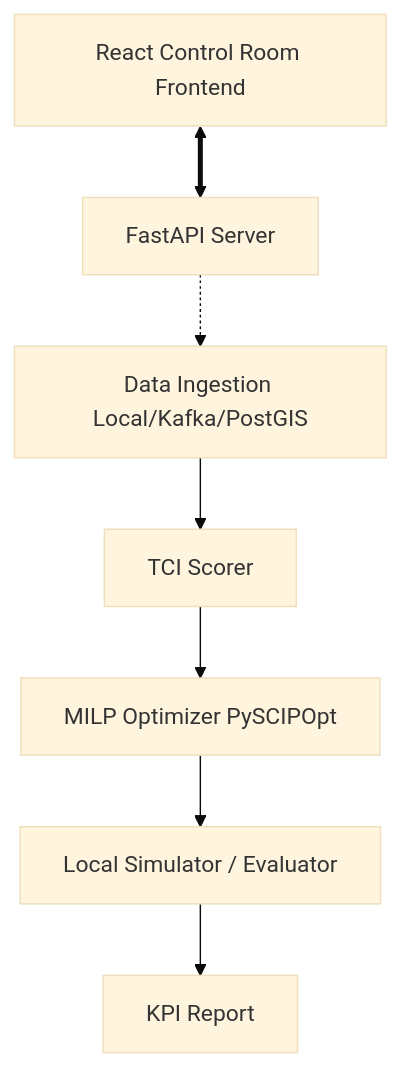
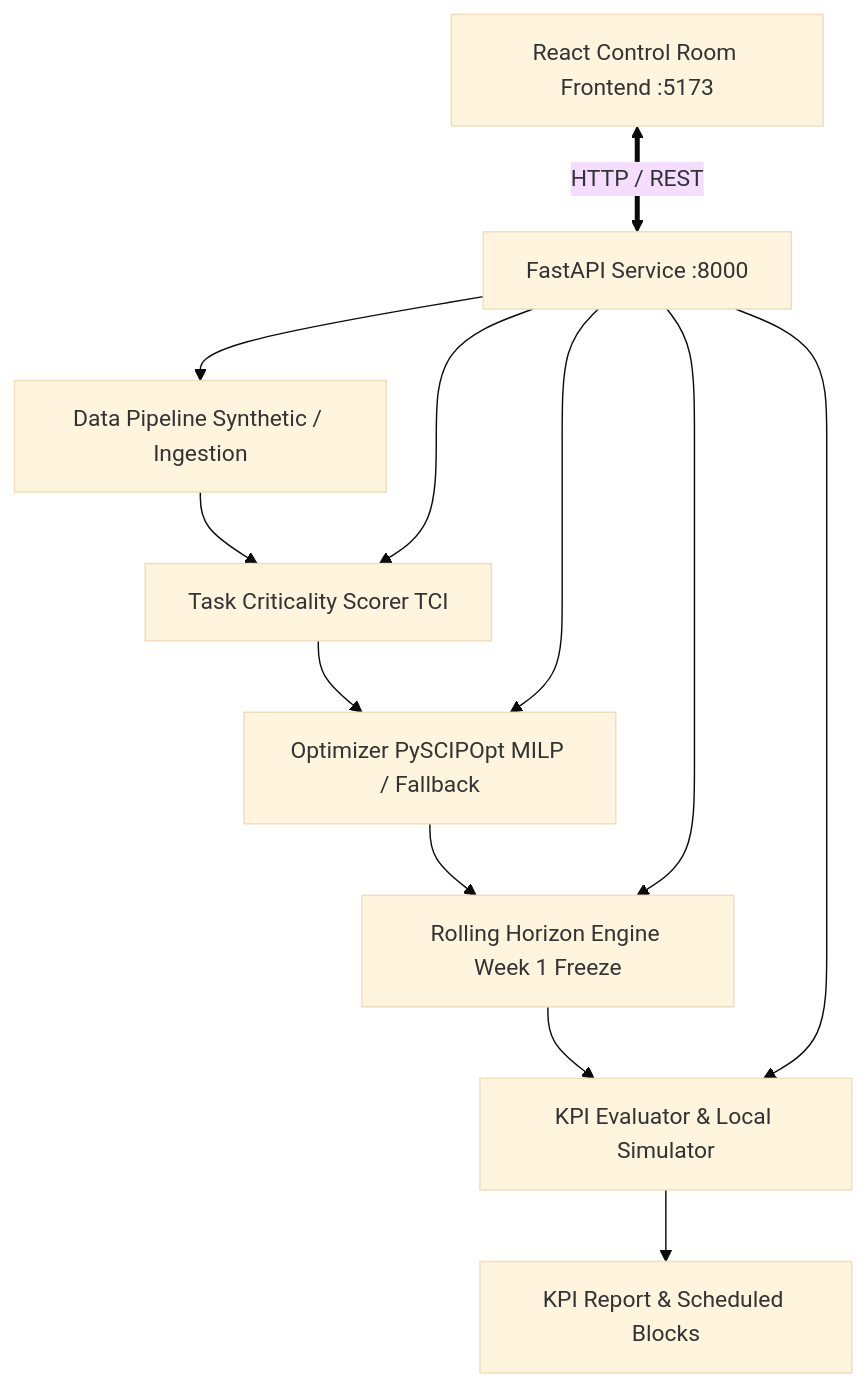
Before and after one commit to chandrasekarc968-cpu/sparkrail: the diagram in README.md, drawn with Mermaid (base theme). The commit also changed other lines of this file and 19 other files, not shown here.

Commit message:
feat: implement rail maintenance block planner with MILP optimization engine and interactive frontend dashboard

````diff
--- a/README.md
+++ b/README.md
@@ -7,10 +7,16 @@
 ```mermaid
 graph TD
-    A[Data Ingestion Local/Kafka/PostGIS] --> B[TCI Scorer]
-    B --> C[MILP Optimizer PySCIPOpt]
-    C --> D[Local Simulator / Evaluator]
-    D --> E[KPI Report]
+    A[Data Pipeline Synthetic / Ingestion] --> B[Task Criticality Scorer TCI]
+    B --> C[Optimizer PySCIPOpt MILP / Fallback]
+    C --> D[Rolling Horizon Engine Week 1 Freeze]
+    D --> E[KPI Evaluator & Local Simulator]
+    E --> F[KPI Report & Scheduled Blocks]
     
-    API[FastAPI Server] -.-> A
-    FE[React Control Room Frontend] <==> API
+    API[FastAPI Service :8000] --> A
+    API --> B
+    API --> C
+    API --> D
+    API --> E
+    
+    FE[React Control Room Frontend :5173] <==>|HTTP / REST| API
 ```
````
